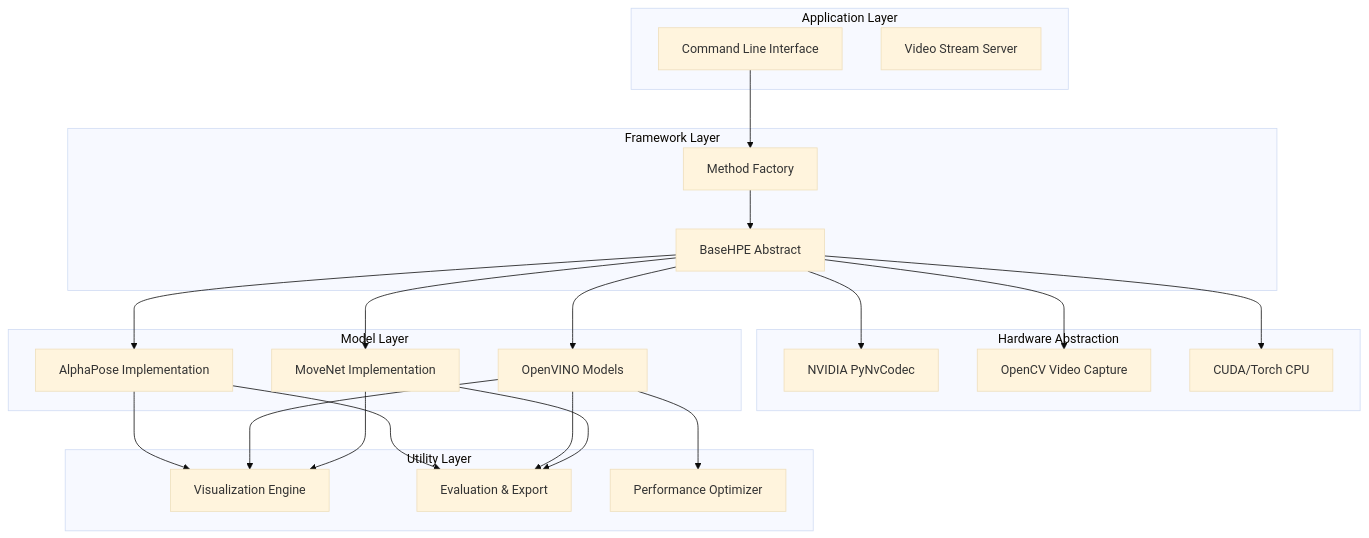
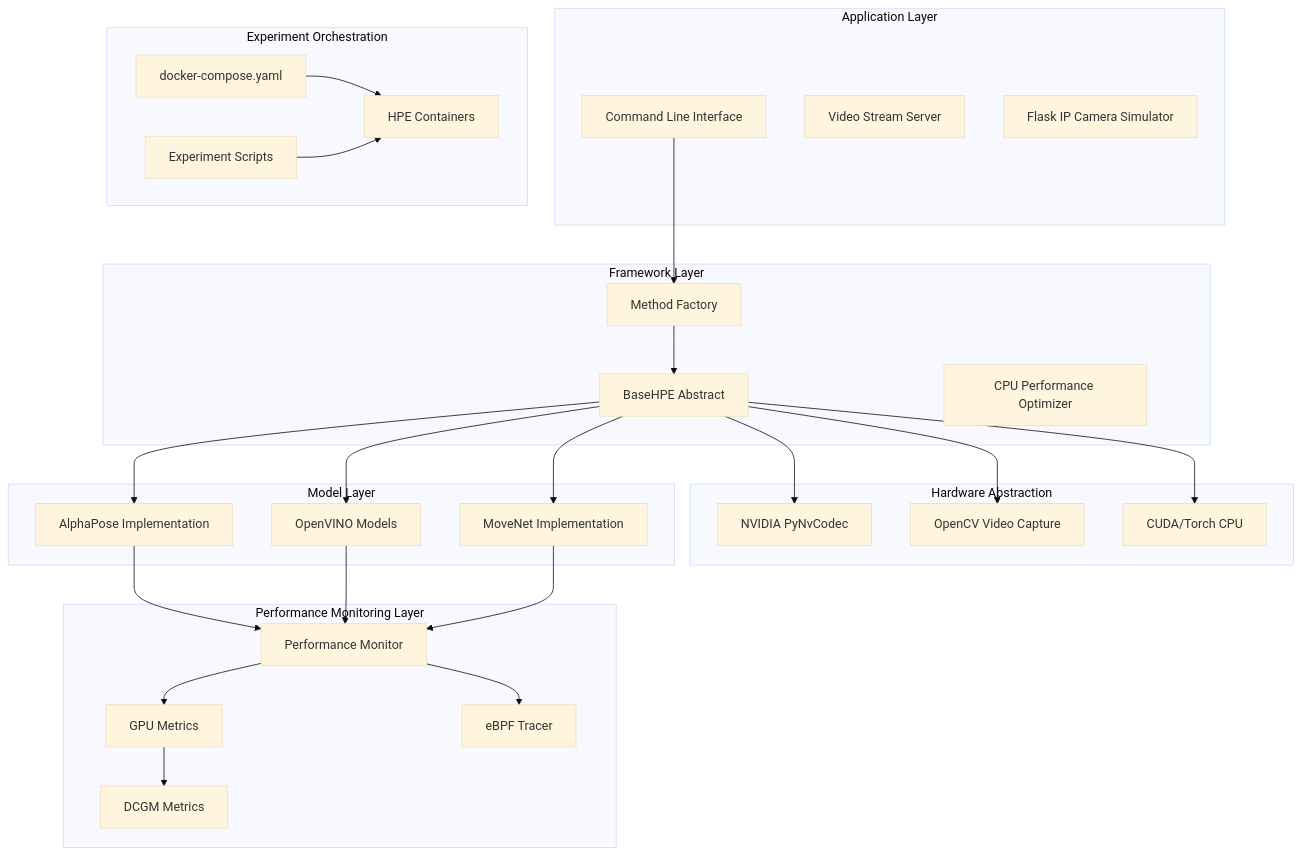
Before and after one commit to Fogus-Gr/MeasurementsDTs: the second of 12 diagrams in .qoder/repowiki/en/content/Project Overview.md, drawn with Mermaid (base theme). The commit also changed other lines of this file and 8 other files, not shown here.

````diff
--- a/.qoder/repowiki/en/content/Project Overview.md
+++ b/.qoder/repowiki/en/content/Project Overview.md
@@ -113,41 +137,50 @@
 ```mermaid
 graph TB
 subgraph "Application Layer"
 CLI[Command Line Interface]
 StreamServer[Video Stream Server]
+IPCamSim[Flask IP Camera Simulator]
 end
 subgraph "Framework Layer"
 BaseHPE[BaseHPE Abstract]
 MethodFactory[Method Factory]
+CPUOptimizer[CPU Performance Optimizer]
 end
 subgraph "Hardware Abstraction"
 PyNvCodec[NVIDIA PyNvCodec]
 OpenCV[OpenCV Video Capture]
 CPU[CUDA/Torch CPU]
 end
 subgraph "Model Layer"
 AlphaPose[AlphaPose Implementation]
 OpenVINO[OpenVINO Models]
 MoveNet[MoveNet Implementation]
 end
-subgraph "Utility Layer"
-Visualizer[Visualization Engine]
-Evaluator[Evaluation & Export]
-Optimizer[Performance Optimizer]
+subgraph "Performance Monitoring Layer"
+PerfMonitor[Performance Monitor]
+GPUMetrics[GPU Metrics]
+BPFTracer[eBPF Tracer]
+DCGM[DCGM Metrics]
+end
+subgraph "Experiment Orchestration"
+DockerCompose[docker-compose.yaml]
+RunScripts[Experiment Scripts]
+ContainerImages[HPE Containers]
 end
 CLI --> MethodFactory
 MethodFactory --> BaseHPE
 BaseHPE --> PyNvCodec
 BaseHPE --> OpenCV
 BaseHPE --> CPU
 BaseHPE --> AlphaPose
 BaseHPE --> OpenVINO
 BaseHPE --> MoveNet
-AlphaPose --> Visualizer
-OpenVINO --> Visualizer
-MoveNet --> Visualizer
-AlphaPose --> Evaluator
-OpenVINO --> Evaluator
-MoveNet --> Evaluator
-OpenVINO --> Optimizer
+AlphaPose --> PerfMonitor
+OpenVINO --> PerfMonitor
+MoveNet --> PerfMonitor
+PerfMonitor --> GPUMetrics
+PerfMonitor --> BPFTracer
+GPUMetrics --> DCGM
+DockerCompose --> ContainerImages
+RunScripts --> ContainerImages
 ```
````
